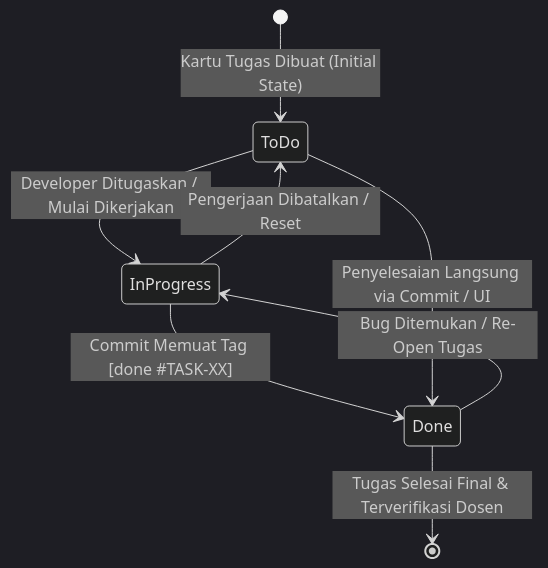
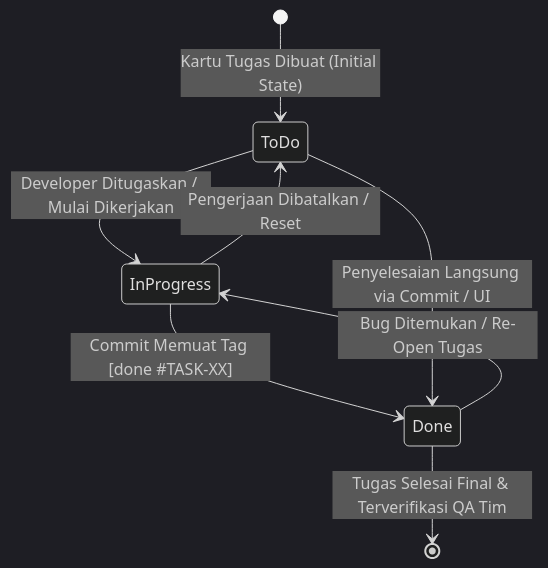
Before and after one commit to denoyey/si-patir: the fifth of 6 diagrams in docs/academic/DIAGRAM-ARSITEKTUR-UML.md, drawn with Mermaid (dark theme). The commit also changed other lines of this file and 4 other files, not shown here.

Commit message:
docs(uml): replace lecturer actor with internal QA engineer tester across UML diagrams and web docs

````diff
--- a/docs/academic/DIAGRAM-ARSITEKTUR-UML.md
+++ b/docs/academic/DIAGRAM-ARSITEKTUR-UML.md
@@ -327,13 +327,13 @@
 ```mermaid
 stateDiagram-v2
     [*] --> ToDo: Kartu Tugas Dibuat (Initial State)
 
     ToDo --> InProgress: Developer Ditugaskan / Mulai Dikerjakan
     InProgress --> ToDo: Pengerjaan Dibatalkan / Reset
 
     InProgress --> Done: Commit Memuat Tag [done #TASK-XX]
     ToDo --> Done: Penyelesaian Langsung via Commit / UI
 
     Done --> InProgress: Bug Ditemukan / Re-Open Tugas
-    Done --> [*]: Tugas Selesai Final & Terverifikasi Dosen
+    Done --> [*]: Tugas Selesai Final & Terverifikasi QA Tim
 ```
````
